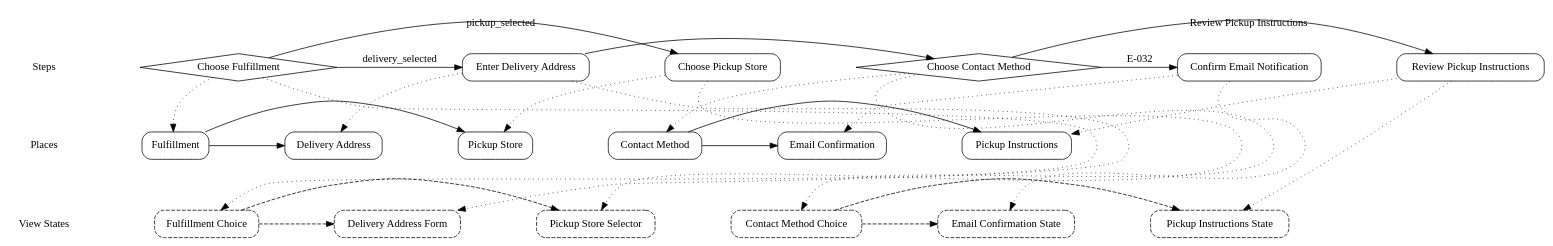
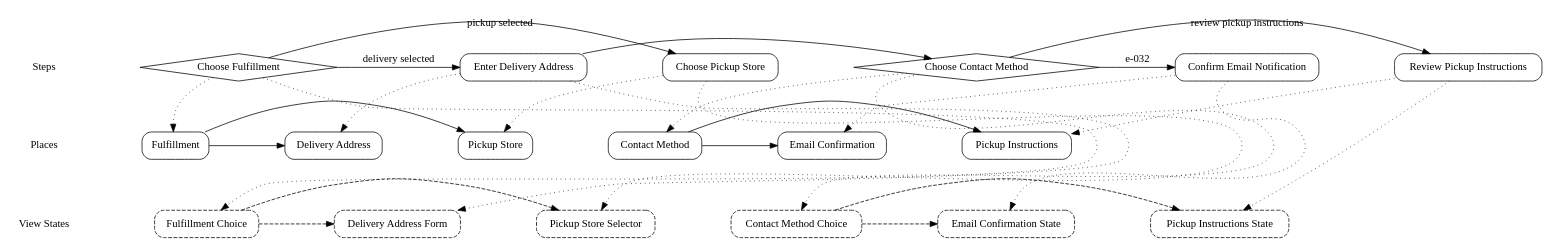
One commit to knutopia/Structured-Design-Documents changed the diagram in examples/rendered/v0.1/scenario_flow_diagram_type/scenario_branching_example/strict_profile/scenario_branching.scenario_flow.dot. Above: the diagram before and after it, drawn with Graphviz. The commit also changed 24 other files, not shown here.

```diff
--- a/examples/rendered/v0.1/scenario_flow_diagram_type/scenario_branching_example/strict_profile/scenario_branching.scenario_flow.dot
+++ b/examples/rendered/v0.1/scenario_flow_diagram_type/scenario_branching_example/strict_profile/scenario_branching.scenario_flow.dot
@@ -1,75 +1,75 @@
 digraph scenario_flow {
   rankdir=TB;
   graph [fontname="Public Sans", nodesep=0.7, ranksep=0.9];
   node [fontname="Public Sans"];
   edge [fontname="Public Sans"];
   subgraph rank_step {
     rank=same;
     "lane_step" [shape=plaintext, label="Steps"];
     "J-030" [shape="diamond", label="Choose Fulfillment"];
     "J-031" [shape="box", style="rounded", label="Enter Delivery Address"];
     "J-032" [shape="box", style="rounded", label="Choose Pickup Store"];
     "J-033" [shape="diamond", label="Choose Contact Method"];
     "J-034" [shape="box", style="rounded", label="Confirm Email Notification"];
     "J-035" [shape="box", style="rounded", label="Review Pickup Instructions"];
   }
   subgraph rank_place {
     rank=same;
     "lane_place" [shape=plaintext, label="Places"];
     "P-030" [shape="box", style="rounded", label="Fulfillment"];
     "P-031" [shape="box", style="rounded", label="Delivery Address"];
     "P-032" [shape="box", style="rounded", label="Pickup Store"];
     "P-033" [shape="box", style="rounded", label="Contact Method"];
     "P-034" [shape="box", style="rounded", label="Email Confirmation"];
     "P-035" [shape="box", style="rounded", label="Pickup Instructions"];
   }
   subgraph rank_view_state {
     rank=same;
     "lane_view_state" [shape=plaintext, label="View States"];
     "VS-030a" [shape="box", style="rounded,dashed", label="Fulfillment Choice"];
     "VS-031a" [shape="box", style="rounded,dashed", label="Delivery Address Form"];
     "VS-032a" [shape="box", style="rounded,dashed", label="Pickup Store Selector"];
     "VS-033a" [shape="box", style="rounded,dashed", label="Contact Method Choice"];
     "VS-034a" [shape="box", style="rounded,dashed", label="Email Confirmation State"];
     "VS-035a" [shape="box", style="rounded,dashed", label="Pickup Instructions State"];
   }
   "lane_step" -> "lane_place" [style=invis, weight=100];
   "lane_place" -> "lane_view_state" [style=invis, weight=100];
   "lane_step" -> "J-030" [style=invis, weight=100];
   "J-031" -> "J-032" [style=invis, weight=100];
   "J-032" -> "J-033" [style=invis, weight=100];
   "J-034" -> "J-035" [style=invis, weight=100];
   "lane_place" -> "P-030" [style=invis, weight=100];
   "P-031" -> "P-032" [style=invis, weight=100];
   "P-032" -> "P-033" [style=invis, weight=100];
   "P-034" -> "P-035" [style=invis, weight=100];
   "lane_view_state" -> "VS-030a" [style=invis, weight=100];
   "VS-031a" -> "VS-032a" [style=invis, weight=100];
   "VS-032a" -> "VS-033a" [style=invis, weight=100];
   "VS-034a" -> "VS-035a" [style=invis, weight=100];
-  "J-030" -> "J-031" [label="delivery_selected", weight=4];
-  "J-030" -> "J-032" [label="pickup_selected", weight=4];
+  "J-030" -> "J-031" [label="delivery selected", weight=4];
+  "J-030" -> "J-032" [label="pickup selected", weight=4];
   "J-030" -> "P-030" [style="dotted", constraint=false];
   "J-030" -> "VS-030a" [style="dotted", constraint=false];
   "J-031" -> "J-033" [weight=4];
   "J-031" -> "P-031" [style="dotted", constraint=false];
   "J-031" -> "VS-031a" [style="dotted", constraint=false];
   "J-032" -> "P-032" [style="dotted", constraint=false];
   "J-032" -> "VS-032a" [style="dotted", constraint=false];
-  "J-033" -> "J-034" [label="E-032", weight=4];
-  "J-033" -> "J-035" [label="Review Pickup Instructions", weight=4];
+  "J-033" -> "J-034" [label="e-032", weight=4];
+  "J-033" -> "J-035" [label="review pickup instructions", weight=4];
   "J-033" -> "P-033" [style="dotted", constraint=false];
   "J-033" -> "VS-033a" [style="dotted", constraint=false];
   "J-034" -> "P-034" [style="dotted", constraint=false];
   "J-034" -> "VS-034a" [style="dotted", constraint=false];
   "J-035" -> "P-035" [style="dotted", constraint=false];
   "J-035" -> "VS-035a" [style="dotted", constraint=false];
   "P-030" -> "P-031" [style="solid", weight=3];
   "P-030" -> "P-032" [style="solid", weight=3];
   "P-033" -> "P-034" [style="solid", weight=3];
   "P-033" -> "P-035" [style="solid", weight=3];
   "VS-030a" -> "VS-031a" [style="dashed", weight=3];
   "VS-030a" -> "VS-032a" [style="dashed", weight=3];
   "VS-033a" -> "VS-034a" [style="dashed", weight=3];
   "VS-033a" -> "VS-035a" [style="dashed", weight=3];
 }
```
